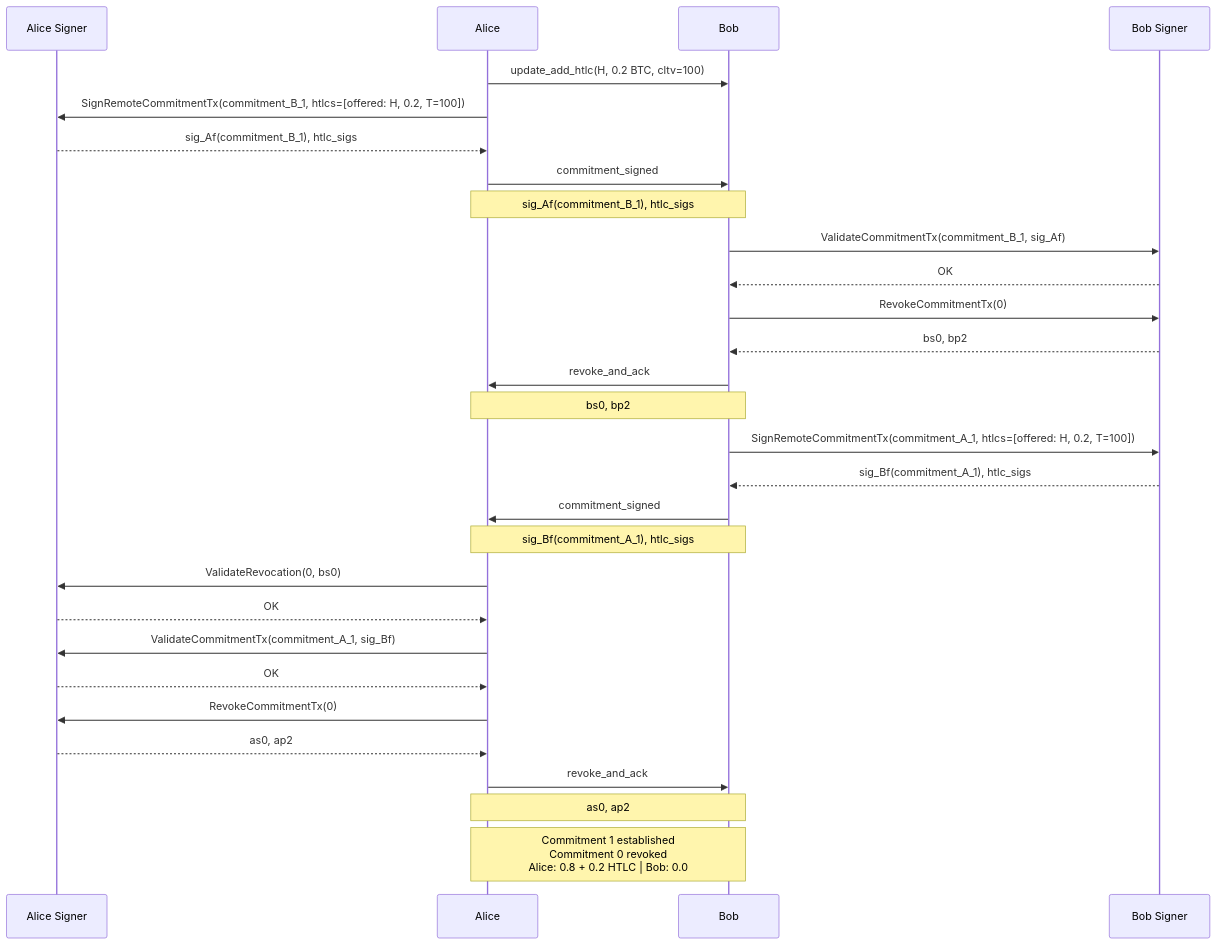
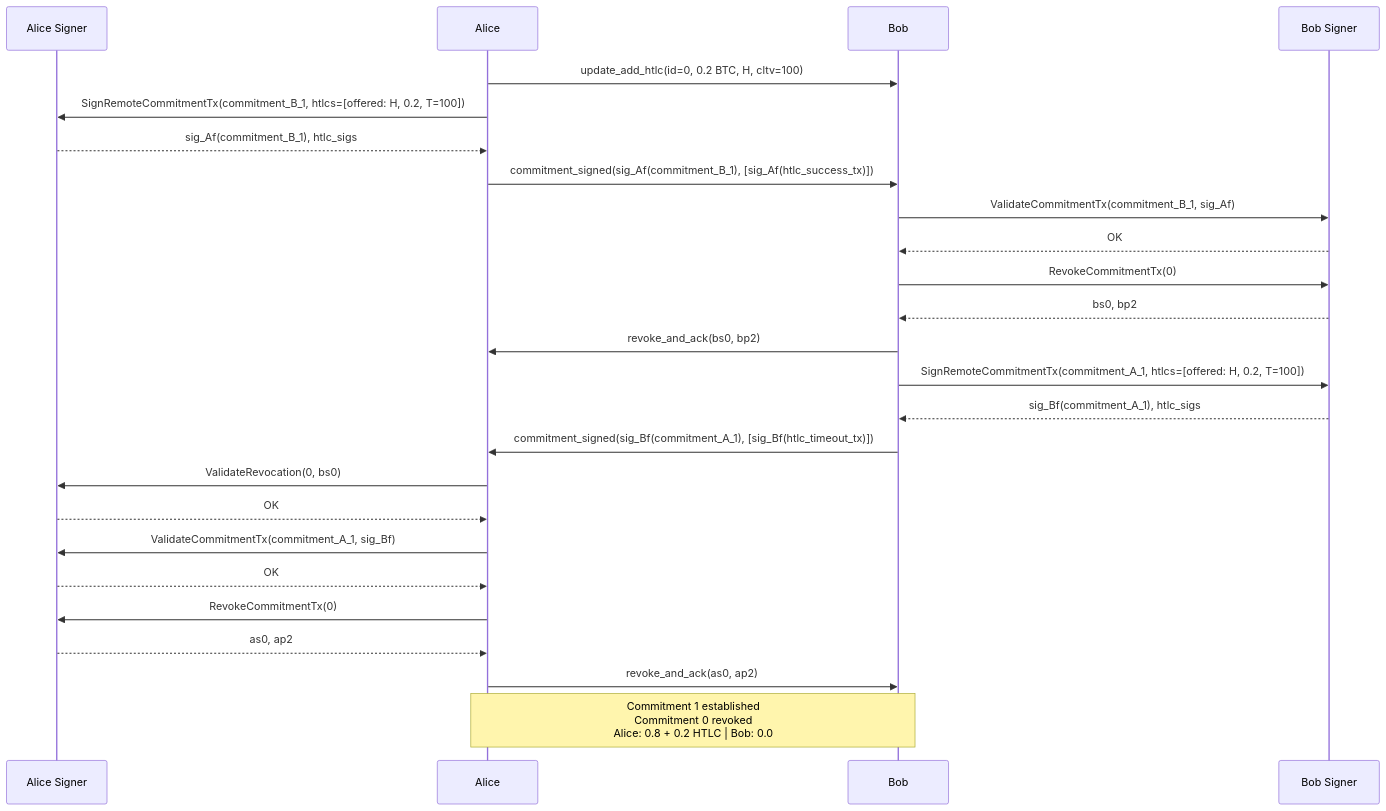
One commit to dukeh3/vls-arch changed the second of 4 diagrams in future/01-alice-pays-bob.md. Above: the diagram before and after it, drawn with Mermaid. The commit also changed other lines of this file and 4 other files, not shown here.

First line of the commit message:
Add challenges doc, inline params in all diagrams, expand redundancy analysis

````diff
--- a/future/01-alice-pays-bob.md
+++ b/future/01-alice-pays-bob.md
@@ -99,44 +93,40 @@
 ```mermaid
 sequenceDiagram
     participant SignerA as Alice Signer
     participant Alice
     participant Bob
     participant SignerB as Bob Signer
 
-    Alice->>Bob: update_add_htlc(H, 0.2 BTC, cltv=100)
+    Alice->>Bob: update_add_htlc(id=0, 0.2 BTC, H, cltv=100)
 
     Alice->>SignerA: SignRemoteCommitmentTx(commitment_B_1, htlcs=[offered: H, 0.2, T=100])
     SignerA-->>Alice: sig_Af(commitment_B_1), htlc_sigs
 
-    Alice->>Bob: commitment_signed
-    Note over Alice, Bob: sig_Af(commitment_B_1), htlc_sigs
+    Alice->>Bob: commitment_signed(sig_Af(commitment_B_1), [sig_Af(htlc_success_tx)])
 
     Bob->>SignerB: ValidateCommitmentTx(commitment_B_1, sig_Af)
     SignerB-->>Bob: OK
 
     Bob->>SignerB: RevokeCommitmentTx(0)
     SignerB-->>Bob: bs0, bp2
 
-    Bob->>Alice: revoke_and_ack
-    Note over Alice, Bob: bs0, bp2
+    Bob->>Alice: revoke_and_ack(bs0, bp2)
 
     Bob->>SignerB: SignRemoteCommitmentTx(commitment_A_1, htlcs=[offered: H, 0.2, T=100])
     SignerB-->>Bob: sig_Bf(commitment_A_1), htlc_sigs
 
-    Bob->>Alice: commitment_signed
-    Note over Alice, Bob: sig_Bf(commitment_A_1), htlc_sigs
+    Bob->>Alice: commitment_signed(sig_Bf(commitment_A_1), [sig_Bf(htlc_timeout_tx)])
 
     Alice->>SignerA: ValidateRevocation(0, bs0)
     SignerA-->>Alice: OK
 
     Alice->>SignerA: ValidateCommitmentTx(commitment_A_1, sig_Bf)
     SignerA-->>Alice: OK
 
     Alice->>SignerA: RevokeCommitmentTx(0)
     SignerA-->>Alice: as0, ap2
 
-    Alice->>Bob: revoke_and_ack
-    Note over Alice, Bob: as0, ap2
+    Alice->>Bob: revoke_and_ack(as0, ap2)
 
     Note over Alice, Bob: Commitment 1 established<br/>Commitment 0 revoked<br/>Alice: 0.8 + 0.2 HTLC | Bob: 0.0
 ```
````
